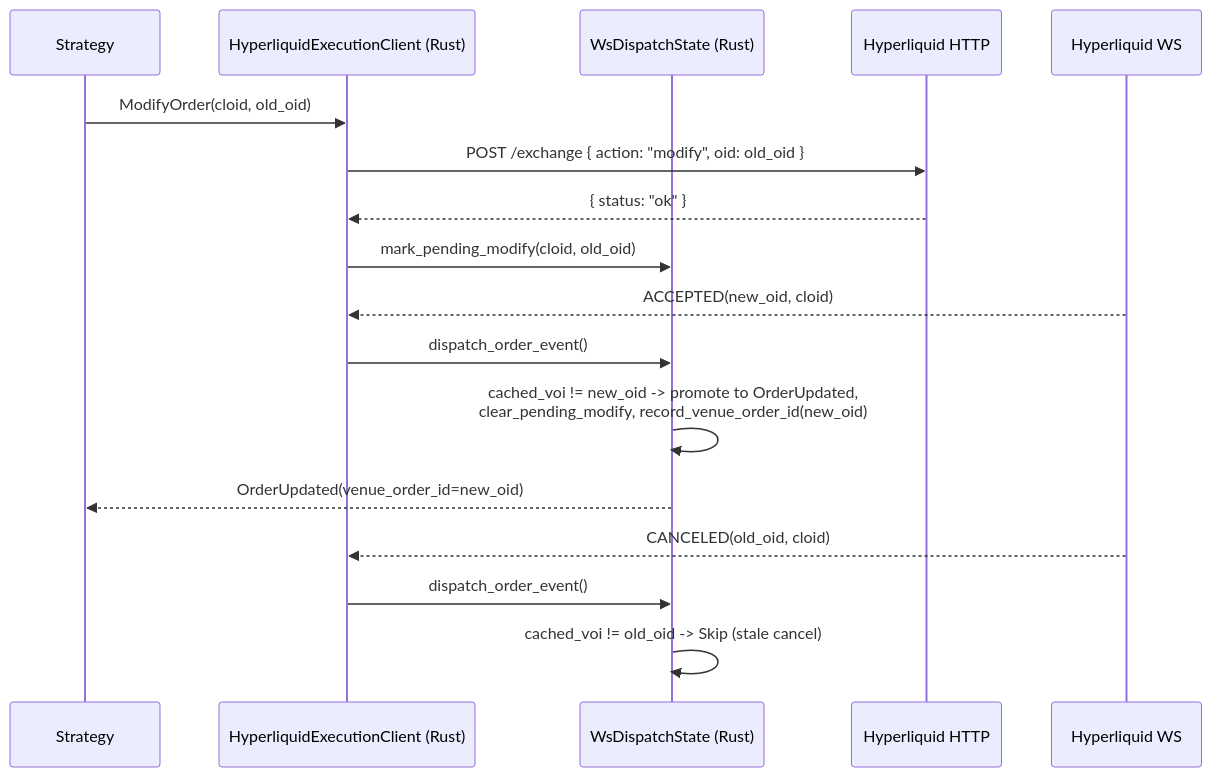
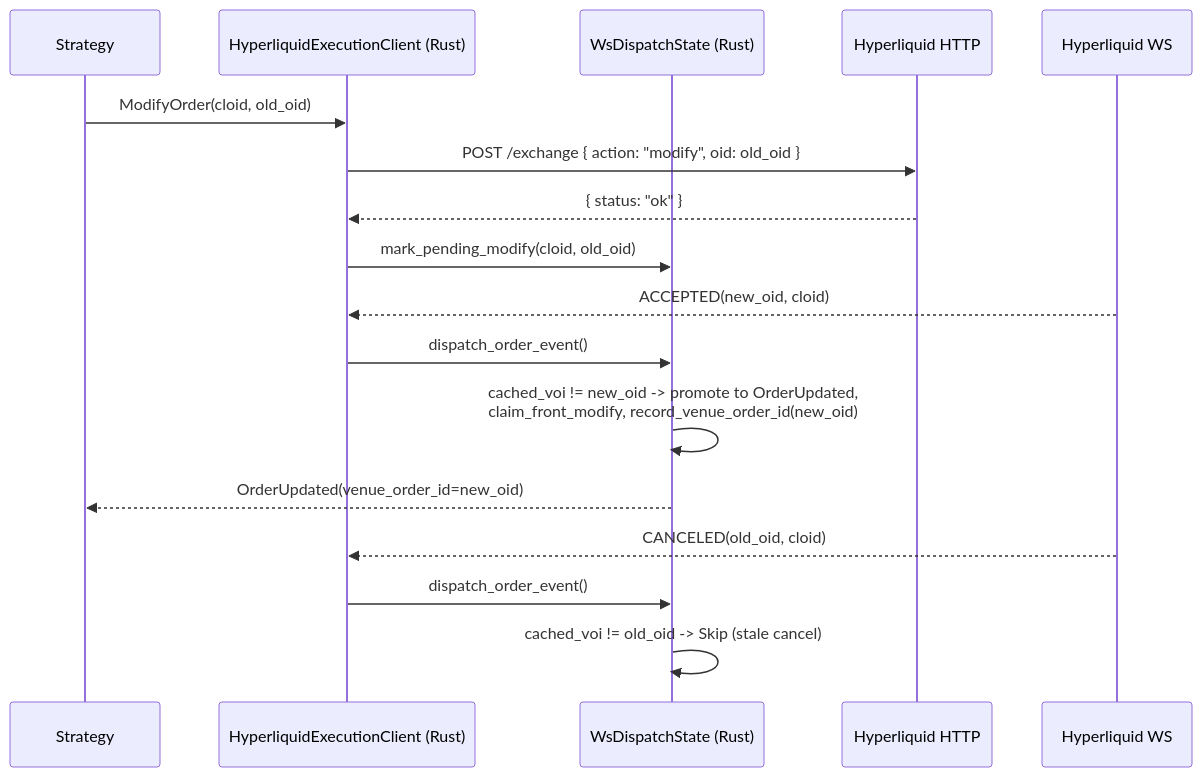
The diagram in docs/integrations/hyperliquid.md (jishengyang-cal/NautilusTrader), drawn with Mermaid before and after one commit. The commit also changed other lines of this file and 6 other files, not shown here.

First line of the commit message:
Fix Hyperliquid chained order modify tracking

````diff
--- a/docs/integrations/hyperliquid.md
+++ b/docs/integrations/hyperliquid.md
@@ -941,20 +941,20 @@
 ```mermaid
 sequenceDiagram
     participant Strategy
     participant ExecClient as HyperliquidExecutionClient (Rust)
     participant Dispatch as WsDispatchState (Rust)
     participant HTTP as Hyperliquid HTTP
     participant WS as Hyperliquid WS
 
     Strategy->>ExecClient: ModifyOrder(cloid, old_oid)
     ExecClient->>HTTP: POST /exchange { action: "modify", oid: old_oid }
     HTTP-->>ExecClient: { status: "ok" }
     ExecClient->>Dispatch: mark_pending_modify(cloid, old_oid)
     WS-->>ExecClient: ACCEPTED(new_oid, cloid)
     ExecClient->>Dispatch: dispatch_order_event()
-    Dispatch->>Dispatch: cached_voi != new_oid -> promote to OrderUpdated,<br/>clear_pending_modify, record_venue_order_id(new_oid)
+    Dispatch->>Dispatch: cached_voi != new_oid -> promote to OrderUpdated,<br/>claim_front_modify, record_venue_order_id(new_oid)
     Dispatch-->>Strategy: OrderUpdated(venue_order_id=new_oid)
     WS-->>ExecClient: CANCELED(old_oid, cloid)
     ExecClient->>Dispatch: dispatch_order_event()
     Dispatch->>Dispatch: cached_voi != old_oid -> Skip (stale cancel)
 ```
````
